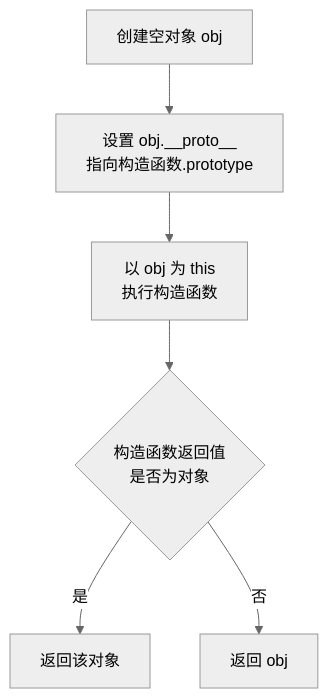
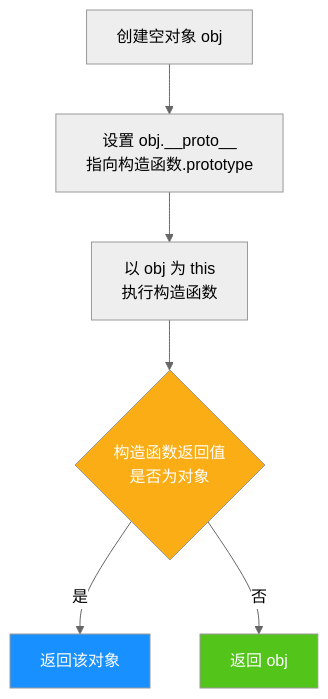
One commit to mansteinr/note-book changed diagram 16 of 19 in JavaScript/06-执行上下文.md. Above: the diagram before and after it, drawn with Mermaid (neutral theme). The commit also changed other lines of this file and 6 other files, not shown here.

````diff
--- a/JavaScript/06-执行上下文.md
+++ b/JavaScript/06-执行上下文.md
@@ -551,8 +1395,12 @@
 ```mermaid
 flowchart TB
     A[创建空对象 obj] --> B[设置 obj.__proto__<br/>指向构造函数.prototype]
     B --> C[以 obj 为 this<br/>执行构造函数]
     C --> D{构造函数返回值<br/>是否为对象}
     D -->|是| E[返回该对象]
     D -->|否| F[返回 obj]
+
+    style D fill:#faad14,color:#fff
+    style E fill:#1890ff,color:#fff
+    style F fill:#52c41a,color:#fff
 ```
````
